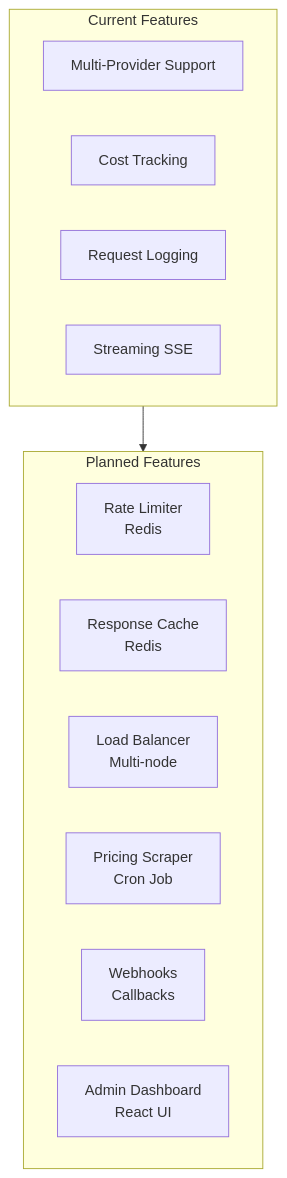
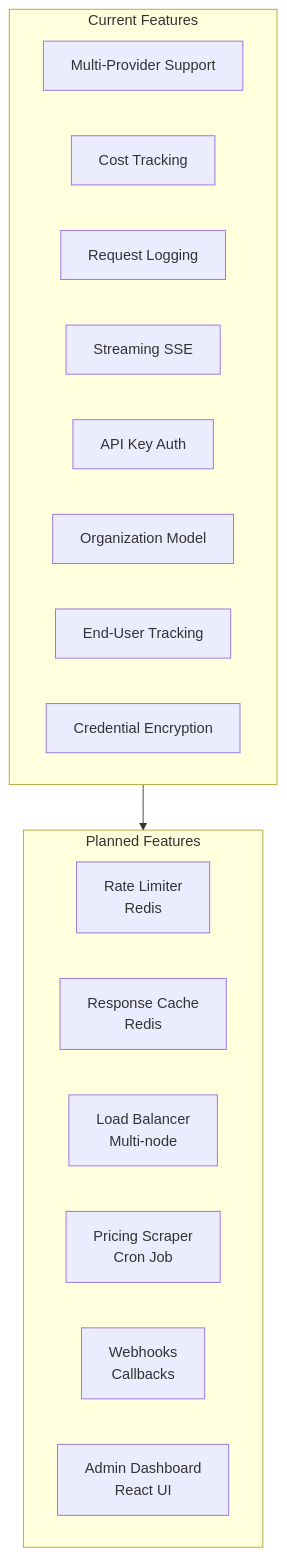
Before and after one commit to UmaiTech/aura-llm-gateway: diagram 12 of 13 in docs/architecture.md, drawn with Mermaid. The commit also changed other lines of this file and 10 other files, not shown here.

First line of the commit message:
docs: add comprehensive documentation for org model, auth, and encryption

````diff
--- a/docs/architecture.md
+++ b/docs/architecture.md
@@ -332,20 +480,24 @@
 ```mermaid
 flowchart TB
     subgraph Current["Current Features"]
         A[Multi-Provider Support]
         B[Cost Tracking]
         C[Request Logging]
         D[Streaming SSE]
+        E[API Key Auth]
+        F[Organization Model]
+        G[End-User Tracking]
+        H[Credential Encryption]
     end
 
     subgraph Planned["Planned Features"]
-        E[Rate Limiter<br/>Redis]
-        F[Response Cache<br/>Redis]
-        G[Load Balancer<br/>Multi-node]
-        H[Pricing Scraper<br/>Cron Job]
-        I[Webhooks<br/>Callbacks]
-        J[Admin Dashboard<br/>React UI]
+        I[Rate Limiter<br/>Redis]
+        J[Response Cache<br/>Redis]
+        K[Load Balancer<br/>Multi-node]
+        L[Pricing Scraper<br/>Cron Job]
+        M[Webhooks<br/>Callbacks]
+        N[Admin Dashboard<br/>React UI]
     end
 
     Current --> Planned
 ```
````
